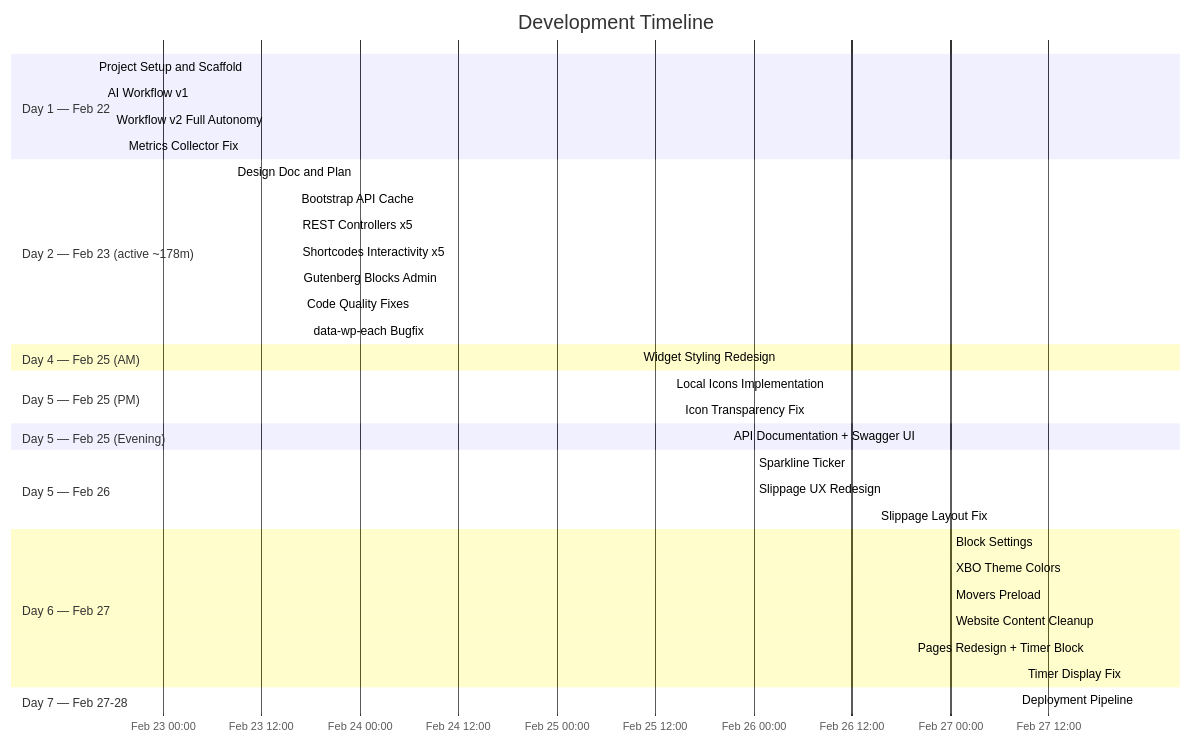
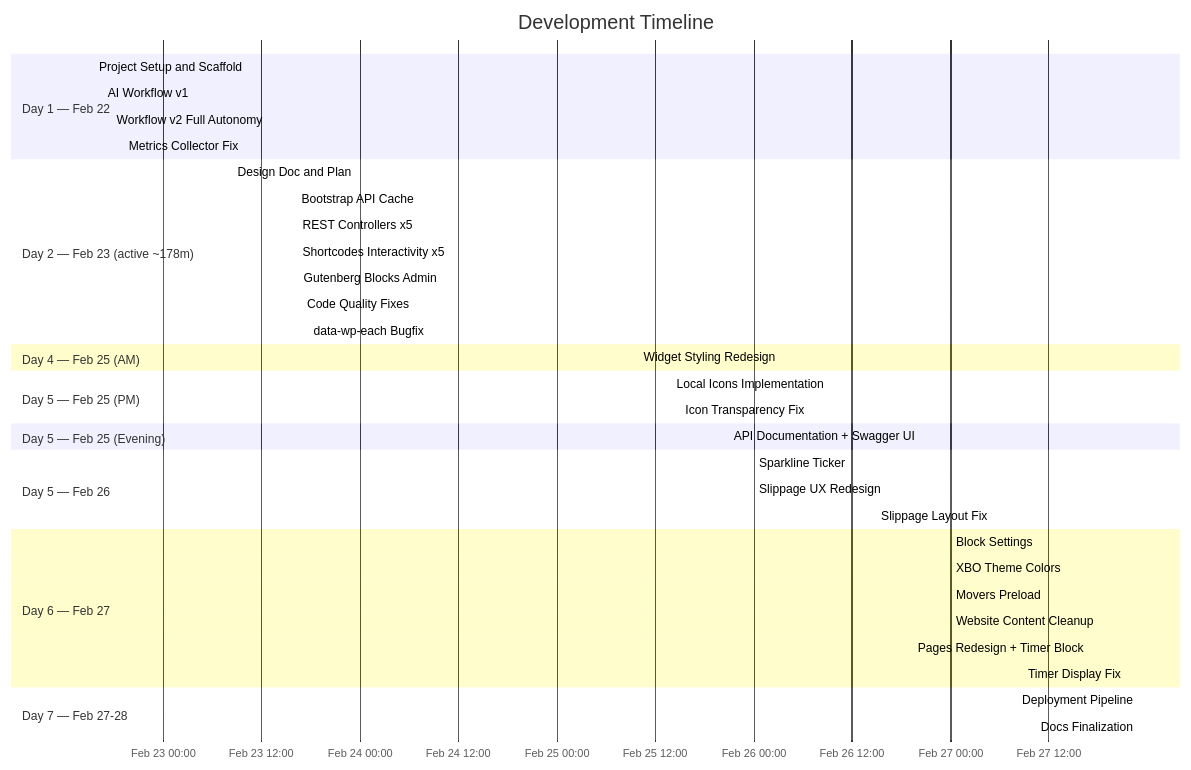
Before and after one commit to atlantdak/claude-code-hackathon-xbo-market-kit: the third of 7 diagrams in README.md, drawn with Mermaid. The commit also changed other lines of this file and 32 other files, not shown here.

````diff
--- a/README.md
+++ b/README.md
@@ -100,39 +101,40 @@
 ```mermaid
 gantt
     title Development Timeline
     dateFormat YYYY-MM-DD HH:mm
     axisFormat %b %d %H:%M
     section Day 1 — Feb 22
     Project Setup and Scaffold   :done, setup, 2026-02-22 15:33, 62min
     AI Workflow v1               :done, wf1, 2026-02-22 16:35, 66min
     Workflow v2 Full Autonomy    :done, wf2, 2026-02-22 17:41, 90min
     Metrics Collector Fix        :done, fix, 2026-02-22 19:11, 18min
     section Day 2 — Feb 23 (active ~178m)
     Design Doc and Plan          :done, plan, 2026-02-23 08:26, 128min
     Bootstrap API Cache          :done, core, 2026-02-23 16:18, 5min
     REST Controllers x5          :done, rest, 2026-02-23 16:22, 4min
     Shortcodes Interactivity x5  :done, sc, 2026-02-23 16:26, 5min
     Gutenberg Blocks Admin       :done, blk, 2026-02-23 16:31, 23min
     Code Quality Fixes           :done, qa, 2026-02-23 16:54, 52min
     data-wp-each Bugfix          :done, bugfix, 2026-02-23 17:46, 1min
     section Day 4 — Feb 25 (AM)
     Widget Styling Redesign    :done, style, 2026-02-25 10:00, 34min
     section Day 5 — Feb 25 (PM)
     Local Icons Implementation :done, icons, 2026-02-25 14:00, 53min
     Icon Transparency Fix      :done, iconfix, 2026-02-25 15:00, 5min
     section Day 5 — Feb 25 (Evening)
     API Documentation + Swagger UI :done, apidocs, 2026-02-25 21:00, 70min
     section Day 5 — Feb 26
     Sparkline Ticker              :done, sparkline, 2026-02-26 00:00, 60min
     Slippage UX Redesign          :done, slippage, 2026-02-26 00:00, 60min
     Slippage Layout Fix           :done, slipfix, 2026-02-26 15:00, 30min
     section Day 6 — Feb 27
     Block Settings                :done, blocksettings, 2026-02-27 00:00, 55min
     XBO Theme Colors             :done, xbotheme, 2026-02-27 00:00, 15min
     Movers Preload               :done, preload, 2026-02-27 00:00, 15min
     Website Content Cleanup      :done, content, 2026-02-27 00:00, 20min
     Pages Redesign + Timer Block :done, pages, 2026-02-27 17:00, 250min
     Timer Display Fix            :done, timerfix, 2026-02-27 21:30, 5min
     section Day 7 — Feb 27-28
     Deployment Pipeline          :done, deploy, 2026-02-27 23:00, 170min
+    Docs Finalization            :done, docs, 2026-02-27 23:00, 90min
 ```
````
